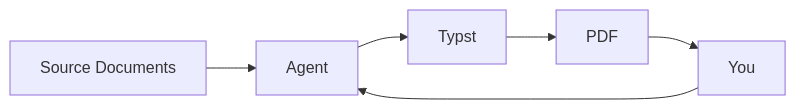
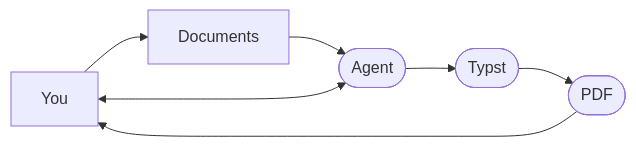
Before and after one commit to nick-dorsch/blog: the first of 2 diagrams in posts/lex/index.qmd, drawn with Mermaid. The commit also changed other lines of this file and 10 other files, not shown here.

````diff
--- a/posts/lex/index.qmd
+++ b/posts/lex/index.qmd
@@ -344,9 +399,10 @@
 ```{mermaid}
 flowchart LR
-    A[Source Documents]
-    A --> C[Agent]
-    F[You] --> C
-    C --> D[Typst]
-    D --> E[PDF]
+    F[You] --> A
+    A[Documents]
+    A --> C([Agent])
+    F <--> C
+    C --> D([Typst])
+    D --> E([PDF])
     E --> F
 ```
````
